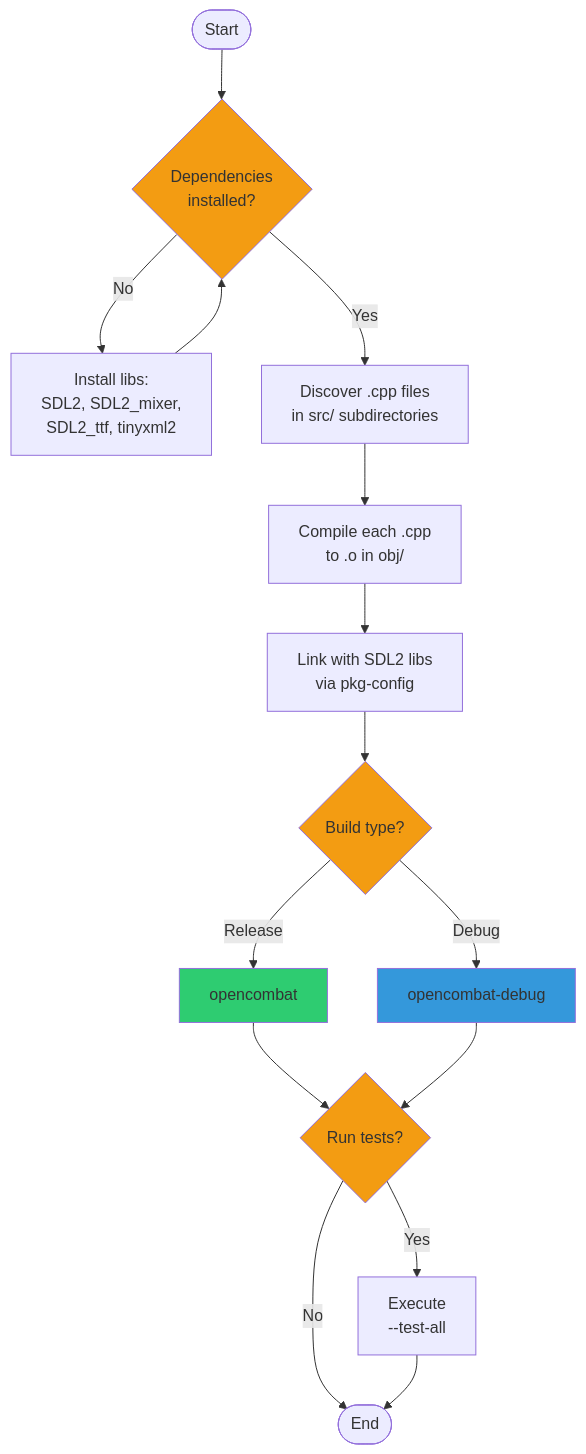
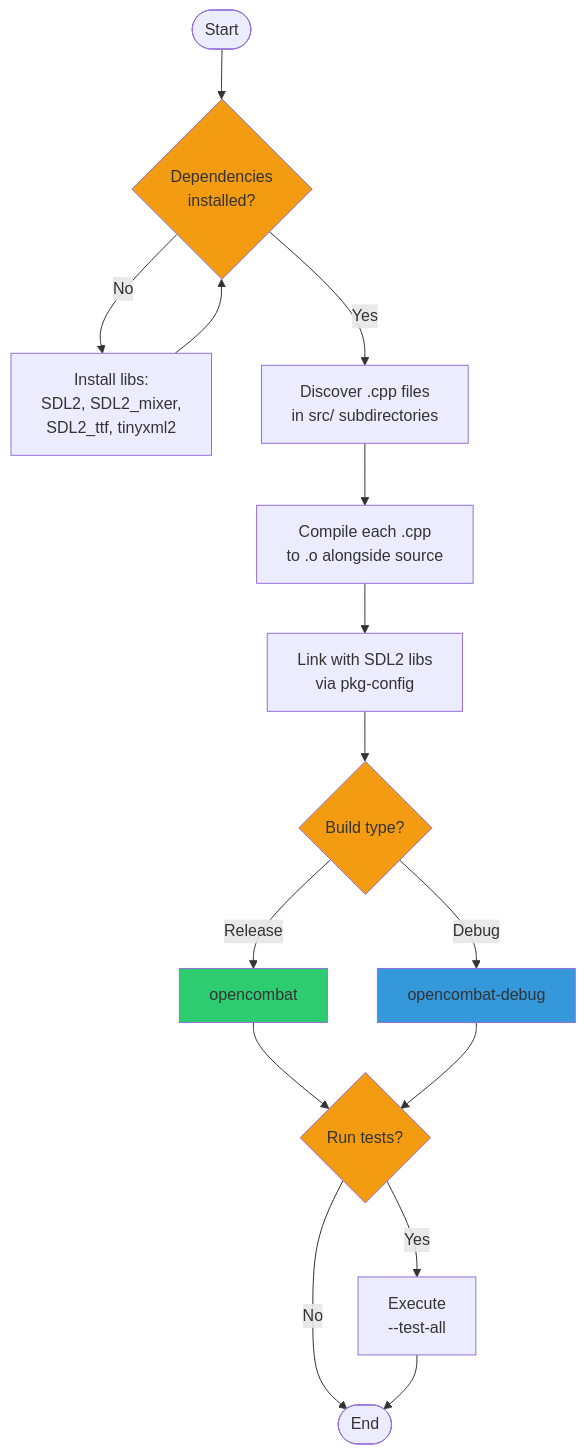
One commit to jukofyork/OpenCombat-SDL changed the fourth of 5 diagrams in docs/chapters/10-build-system.md. Above: the diagram before and after it, drawn with Mermaid. The commit also changed other lines of this file and 11 other files, not shown here.

````diff
--- a/docs/chapters/10-build-system.md
+++ b/docs/chapters/10-build-system.md
@@ -288,30 +288,30 @@
 ```mermaid
 flowchart TD
     START([Start]) --> CHECK{Dependencies
     installed?}
     CHECK -->|No| INSTALL[Install libs:
     SDL2, SDL2_mixer,
     SDL2_ttf, tinyxml2]
     INSTALL --> CHECK
     CHECK -->|Yes| DISCOVER[Discover .cpp files
     in src/ subdirectories]
     DISCOVER --> COMPILE[Compile each .cpp
-    to .o in obj/]
+    to .o alongside source]
     COMPILE --> LINK[Link with SDL2 libs
     via pkg-config]
     LINK --> OUTPUT{Build type?}
     OUTPUT -->|Release| RELEASE[opencombat]
     OUTPUT -->|Debug| DEBUG[opencombat-debug]
     RELEASE --> TEST{Run tests?}
     DEBUG --> TEST
     TEST -->|Yes| RUN_TEST[Execute
     --test-all]
     TEST -->|No| END([End])
     RUN_TEST --> END
 
     style CHECK fill:#f39c12
     style OUTPUT fill:#f39c12
     style TEST fill:#f39c12
     style RELEASE fill:#2ecc71
     style DEBUG fill:#3498db
 ```
````
